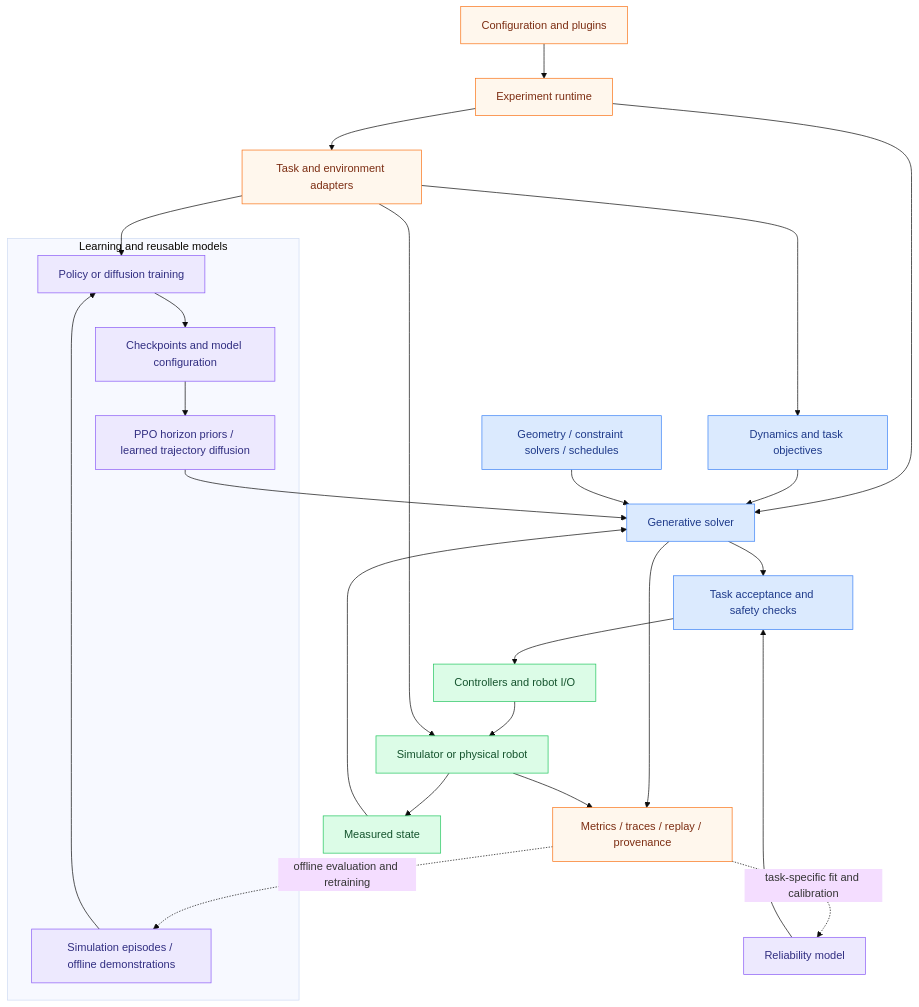
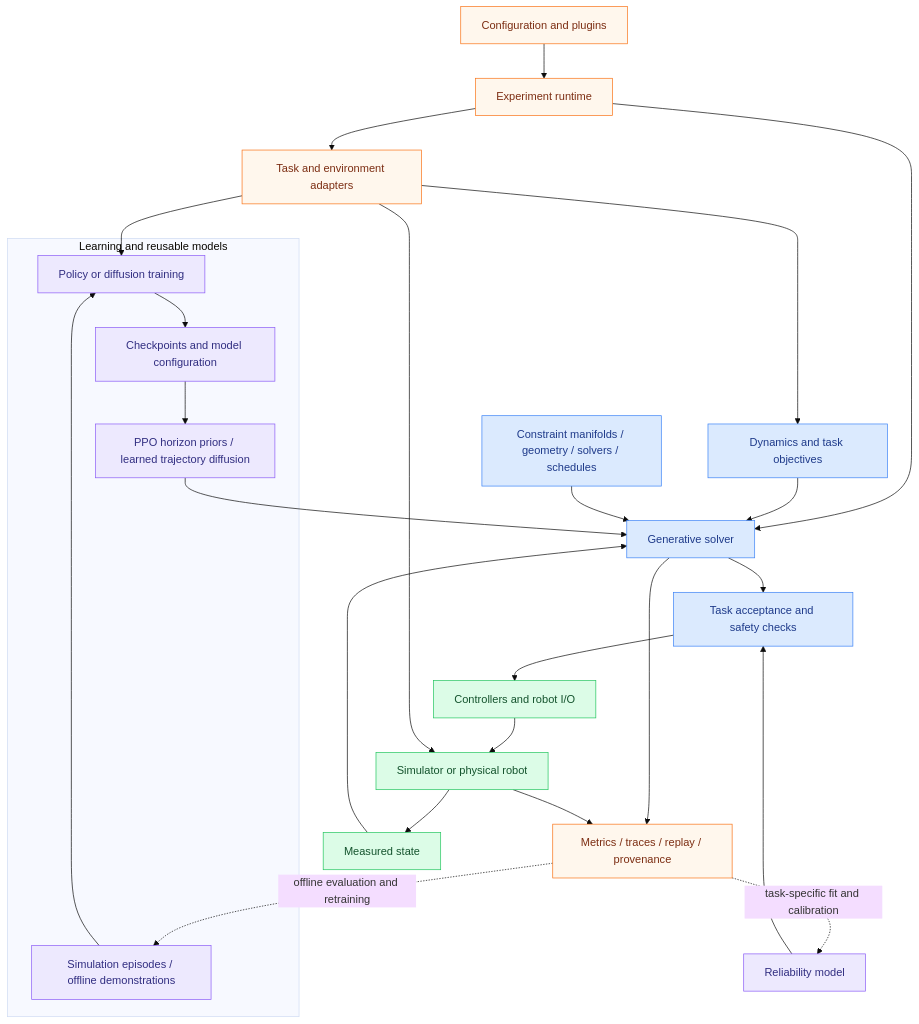
The diagram in docs/concepts/architecture.md (hhhhzl/genedynamics), drawn with Mermaid (base theme) before and after one commit. The commit also changed other lines of this file and 13 other files, not shown here.

````diff
--- a/docs/concepts/architecture.md
+++ b/docs/concepts/architecture.md
@@ -8,39 +8,39 @@
 ```mermaid
 flowchart TB
     C[Configuration and plugins] --> R[Experiment runtime]
     R --> ENV[Task and environment adapters]
     R --> GEN[Generative solver]
 
     subgraph LEARN[Learning and reusable models]
         DATA[Simulation episodes / offline demonstrations] --> TRAIN[Policy or diffusion training]
         TRAIN --> CKPT[Checkpoints and model configuration]
         CKPT --> PRIOR[PPO horizon priors / learned trajectory diffusion]
     end
 
     ENV --> TRAIN
     PRIOR --> GEN
     ENV --> MODEL[Dynamics and task objectives]
     MODEL --> GEN
-    GEO[Geometry / constraint solvers / schedules] --> GEN
+    GEO[Constraint manifolds / geometry / solvers / schedules] --> GEN
     GEN --> ACCEPT[Task acceptance and safety checks]
     ACCEPT --> CTRL[Controllers and robot I/O]
     CTRL --> WORLD[Simulator or physical robot]
     WORLD --> STATE[Measured state]
     STATE --> GEN
     ENV --> WORLD
 
     GEN --> EVIDENCE[Metrics / traces / replay / provenance]
     WORLD --> EVIDENCE
     EVIDENCE -. offline evaluation and retraining .-> DATA
     EVIDENCE -. task-specific fit and calibration .-> REL[Reliability model]
     REL --> ACCEPT
 
     classDef learning fill:#ede9fe,stroke:#8b5cf6,color:#312e81
     classDef inference fill:#dbeafe,stroke:#3b82f6,color:#1e3a8a
     classDef execution fill:#dcfce7,stroke:#22c55e,color:#14532d
     classDef evidence fill:#fff7ed,stroke:#f97316,color:#7c2d12
     class DATA,TRAIN,CKPT,PRIOR,REL learning
     class GEN,MODEL,GEO,ACCEPT inference
     class CTRL,WORLD,STATE execution
     class C,R,ENV,EVIDENCE evidence
 ```
````
